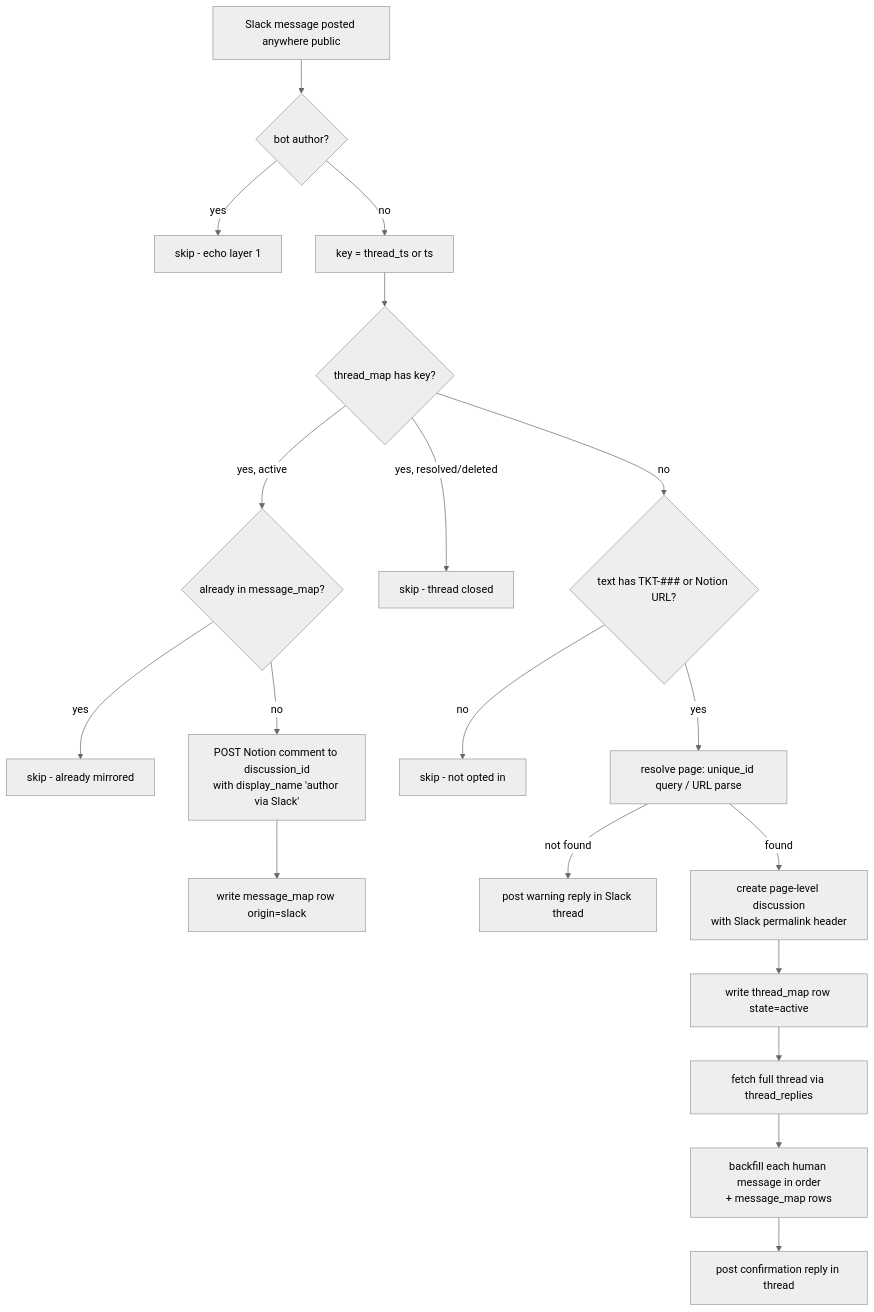
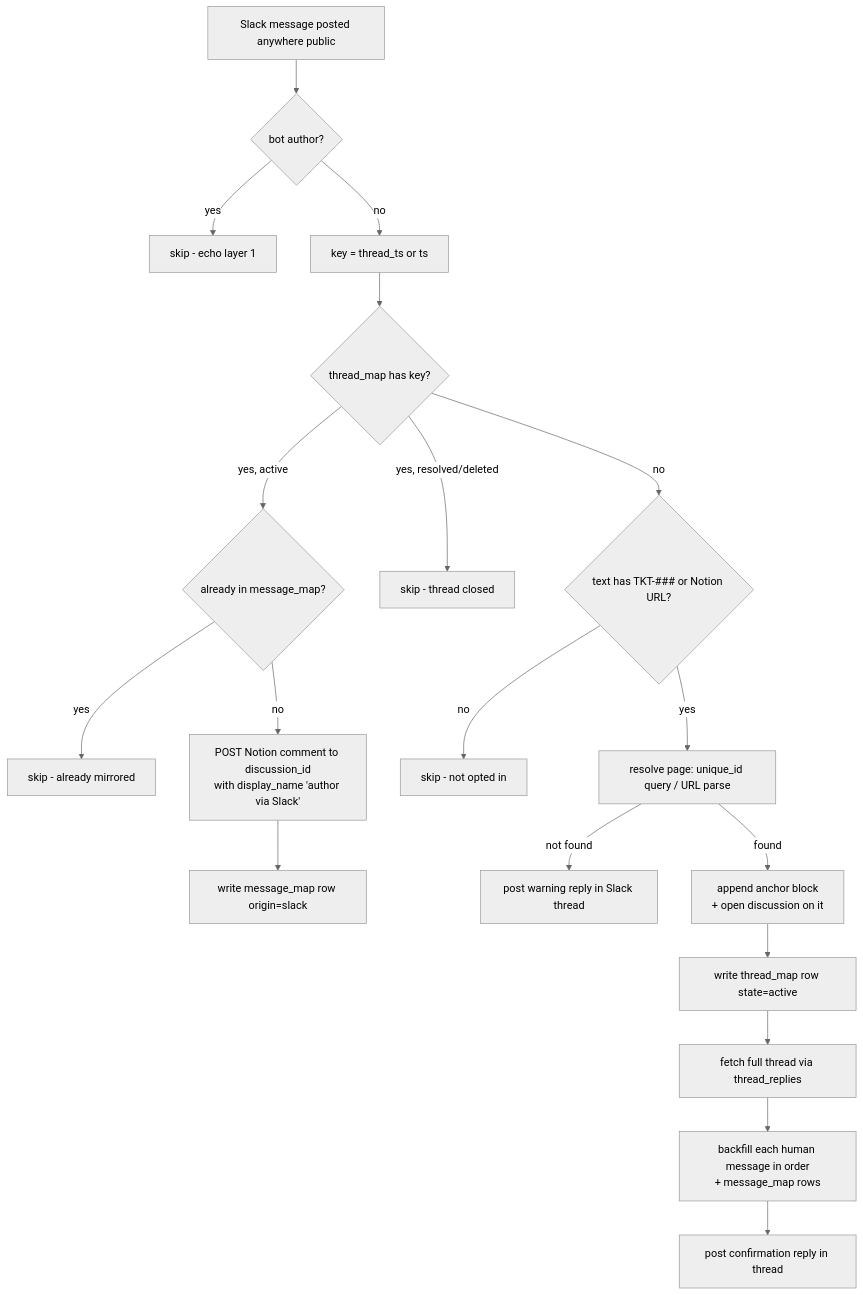
One commit to work-flowers/zapier-sdk changed the diagram in slack-thread-to-notion-discussion/README.md. Above: the diagram before and after it, drawn with Mermaid (neutral theme). The commit also changed other lines of this file and 4 other files, not shown here.

First line of the commit message:
Anchor each linked thread's discussion to its own block

````diff
--- a/slack-thread-to-notion-discussion/README.md
+++ b/slack-thread-to-notion-discussion/README.md
@@ -13,21 +13,21 @@
 ```mermaid
 flowchart TD
     T[Slack message posted anywhere public] --> B{bot author?}
     B -- yes --> S1[skip - echo layer 1]
     B -- no --> K[key = thread_ts or ts]
     K --> L{thread_map has key?}
     L -- "yes, active" --> D{already in message_map?}
     D -- yes --> S2[skip - already mirrored]
     D -- no --> C[POST Notion comment to discussion_id\nwith display_name 'author via Slack']
     C --> W[write message_map row origin=slack]
     L -- "yes, resolved/deleted" --> S3[skip - thread closed]
     L -- no --> R{text has TKT-### or Notion URL?}
     R -- no --> S4[skip - not opted in]
     R -- yes --> Q[resolve page: unique_id query / URL parse]
     Q -- not found --> N[post warning reply in Slack thread]
-    Q -- found --> P[create page-level discussion\nwith Slack permalink header]
+    Q -- found --> P[append anchor block\n+ open discussion on it]
     P --> M[write thread_map row state=active]
     M --> F[fetch full thread via thread_replies]
     F --> BF[backfill each human message in order\n+ message_map rows]
     BF --> OK[post confirmation reply in thread]
 ```
````
